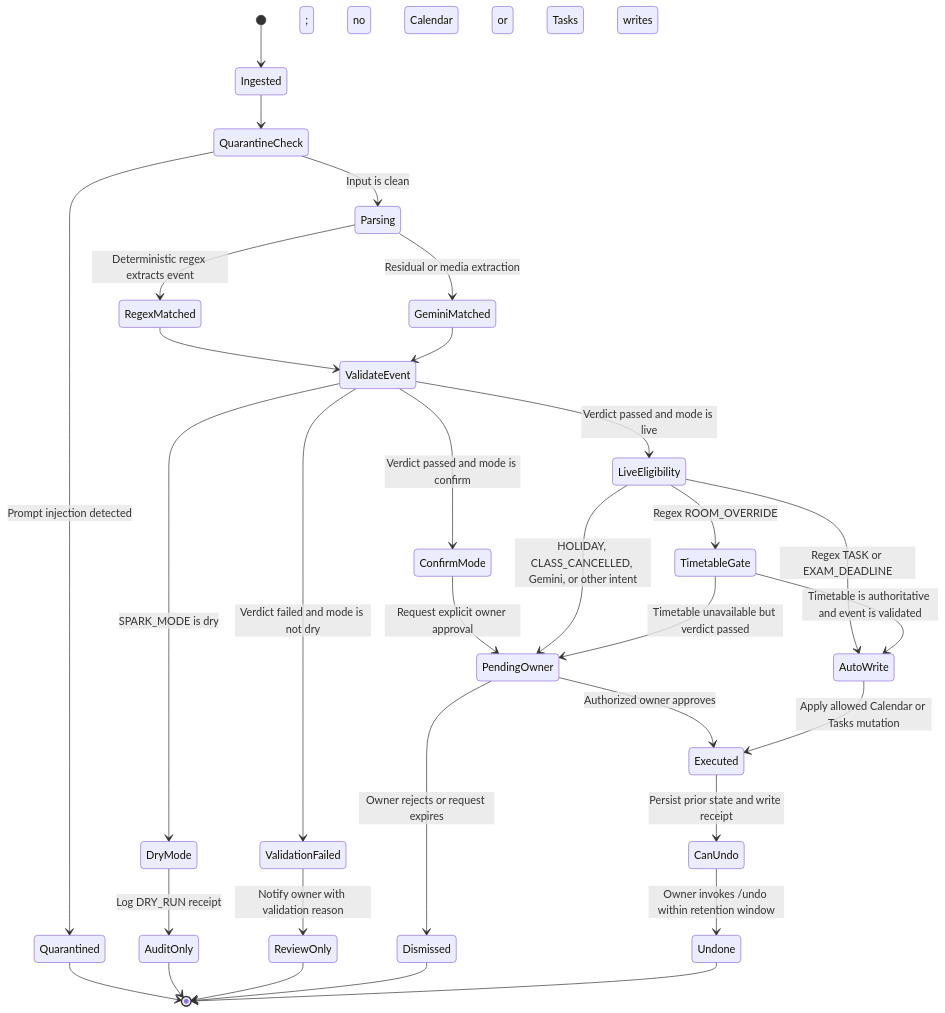
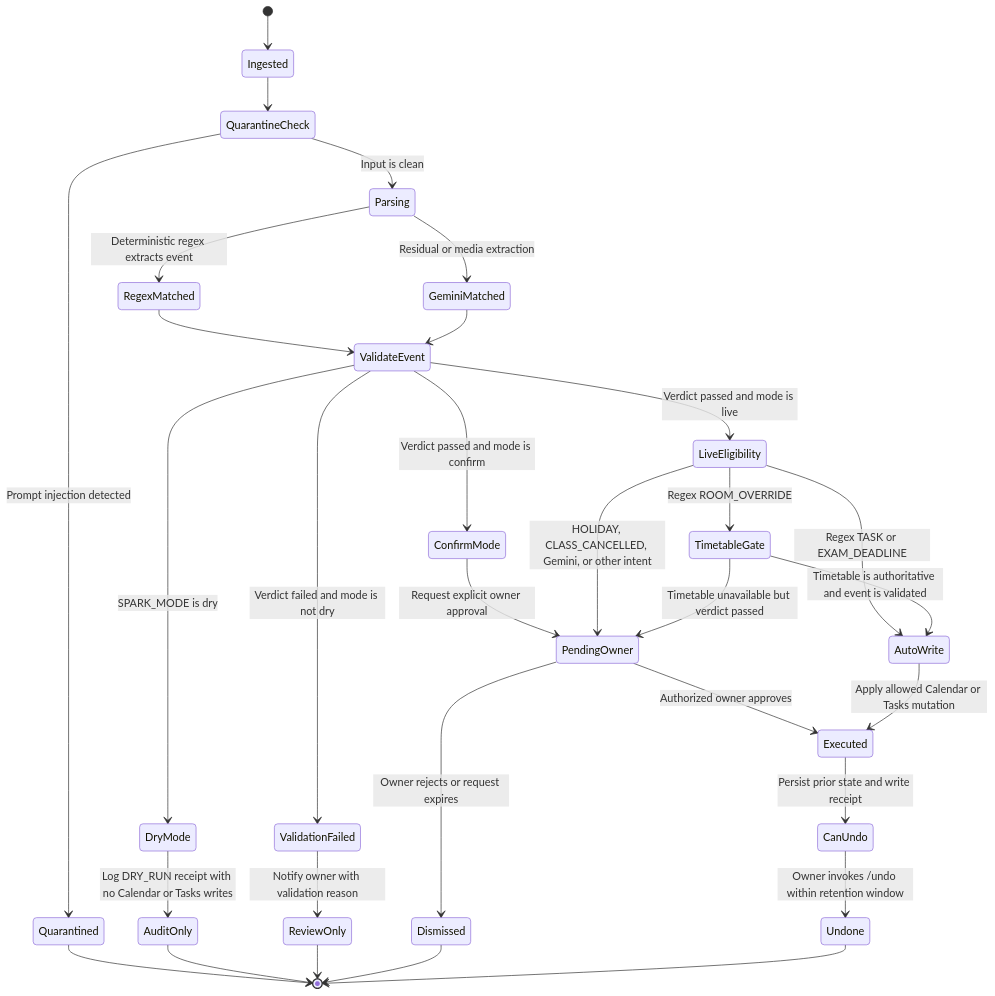
The third of 3 diagrams in README.md (tejaswin-amara/chatlens), drawn with Mermaid before and after one commit.

Commit message:
docs: harden SPARK_MODE Mermaid syntax

````diff
--- a/README.md
+++ b/README.md
@@ -118,41 +118,41 @@
 ```mermaid
 stateDiagram-v2
     [*] --> Ingested
     Ingested --> QuarantineCheck
 
     QuarantineCheck --> Quarantined: Prompt injection detected
     QuarantineCheck --> Parsing: Input is clean
 
     Parsing --> RegexMatched: Deterministic regex extracts event
     Parsing --> GeminiMatched: Residual or media extraction
     RegexMatched --> ValidateEvent
     GeminiMatched --> ValidateEvent
 
     ValidateEvent --> DryMode: SPARK_MODE is dry
     ValidateEvent --> ValidationFailed: Verdict failed and mode is not dry
     ValidateEvent --> ConfirmMode: Verdict passed and mode is confirm
     ValidateEvent --> LiveEligibility: Verdict passed and mode is live
 
-    DryMode --> AuditOnly: Log DRY_RUN receipt; no Calendar or Tasks writes
+    DryMode --> AuditOnly: Log DRY_RUN receipt with no Calendar or Tasks writes
     ValidationFailed --> ReviewOnly: Notify owner with validation reason
     ConfirmMode --> PendingOwner: Request explicit owner approval
 
     LiveEligibility --> PendingOwner: HOLIDAY, CLASS_CANCELLED, Gemini, or other intent
     LiveEligibility --> TimetableGate: Regex ROOM_OVERRIDE
     LiveEligibility --> AutoWrite: Regex TASK or EXAM_DEADLINE
 
     TimetableGate --> AutoWrite: Timetable is authoritative and event is validated
     TimetableGate --> PendingOwner: Timetable unavailable but verdict passed
 
     PendingOwner --> Executed: Authorized owner approves
     PendingOwner --> Dismissed: Owner rejects or request expires
     AutoWrite --> Executed: Apply allowed Calendar or Tasks mutation
     Executed --> CanUndo: Persist prior state and write receipt
     CanUndo --> Undone: Owner invokes /undo within retention window
 
     Quarantined --> [*]
     AuditOnly --> [*]
     ReviewOnly --> [*]
     Dismissed --> [*]
     Undone --> [*]
 ```
````
